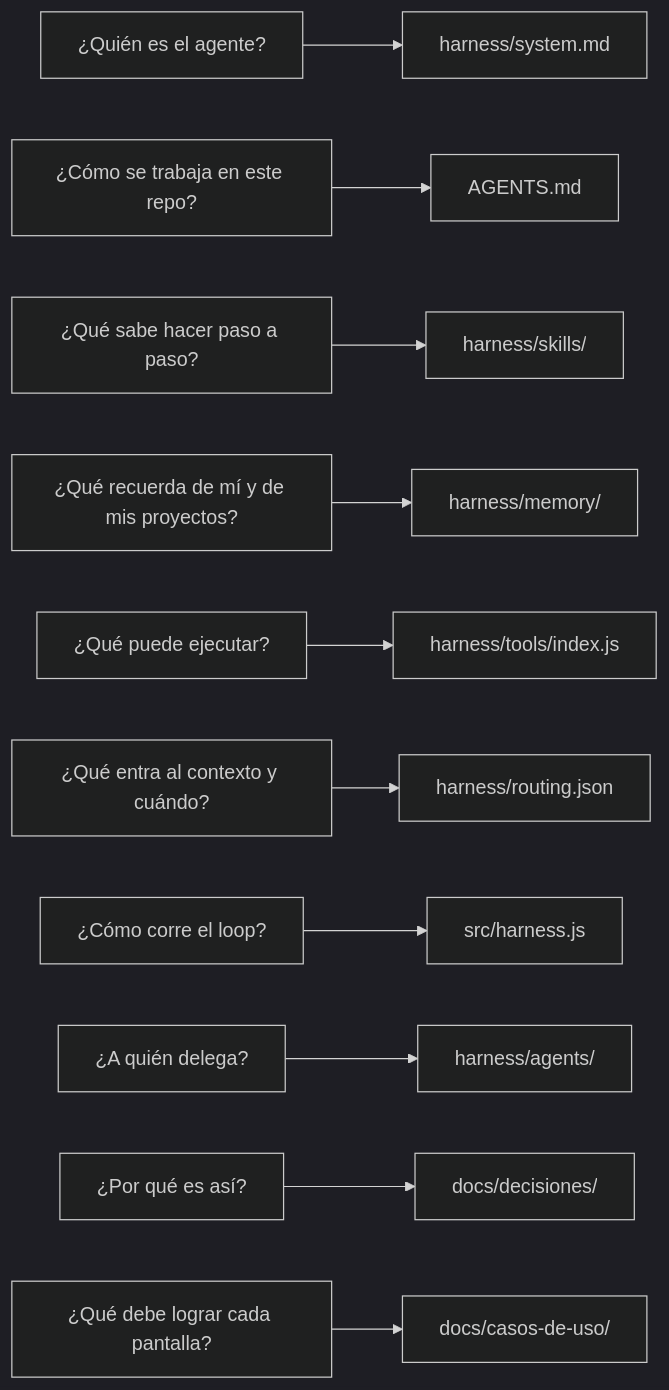
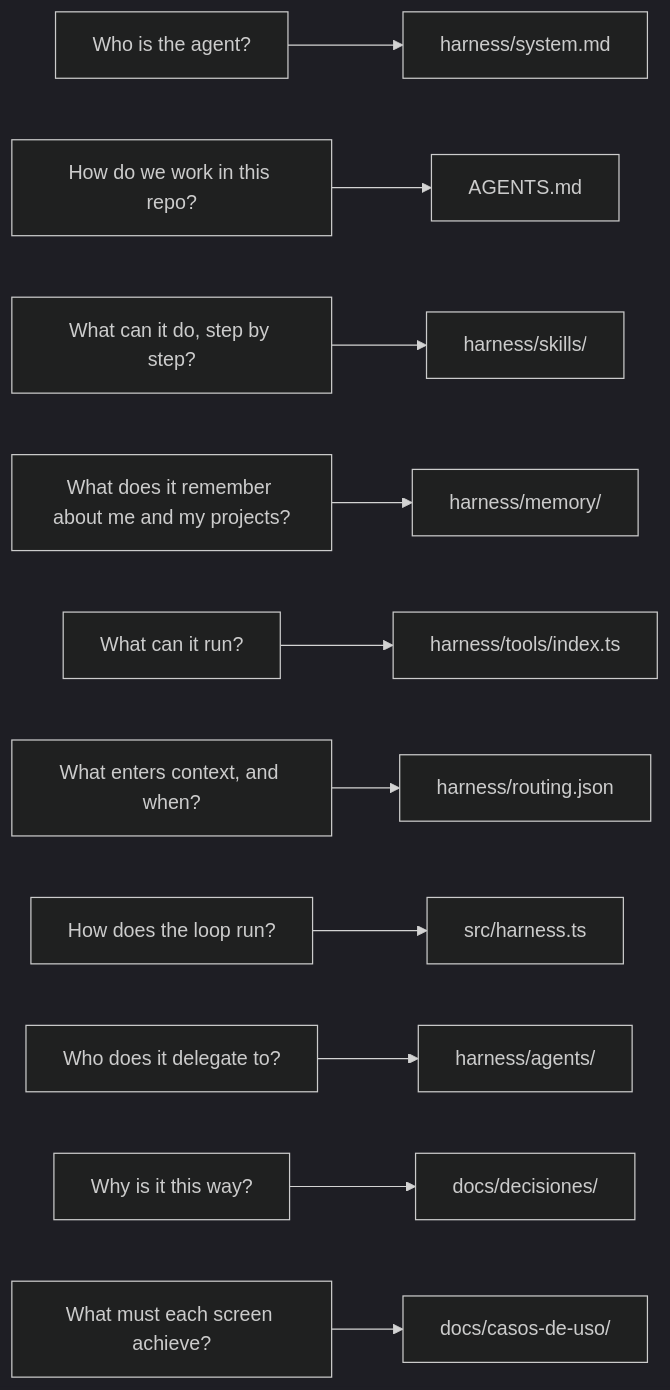
One commit to ada-school/ada-harness changed the third of 15 diagrams in README.md. Above: the diagram before and after it, drawn with Mermaid (dark theme). The commit also changed other lines of this file and 95 other files, not shown here.

First line of the commit message:
feat(harness): run a usable chat from the TypeScript engine

````diff
--- a/README.md
+++ b/README.md
@@ -219,13 +239,13 @@
 ```mermaid
 flowchart LR
-    Q1["¿Quién es el agente?"] --> F1["harness/system.md"]
-    Q2["¿Cómo se trabaja en este repo?"] --> F2["AGENTS.md"]
-    Q3["¿Qué sabe hacer paso a paso?"] --> F3["harness/skills/"]
-    Q4["¿Qué recuerda de mí y de mis proyectos?"] --> F4["harness/memory/"]
-    Q5["¿Qué puede ejecutar?"] --> F5["harness/tools/index.js"]
-    Q6["¿Qué entra al contexto y cuándo?"] --> F6["harness/routing.json"]
-    Q7["¿Cómo corre el loop?"] --> F7["src/harness.js"]
-    Q8["¿A quién delega?"] --> F8["harness/agents/"]
-    Q9["¿Por qué es así?"] --> F9["docs/decisiones/"]
-    Q10["¿Qué debe lograr cada pantalla?"] --> F10["docs/casos-de-uso/"]
+    Q1["Who is the agent?"] --> F1["harness/system.md"]
+    Q2["How do we work in this repo?"] --> F2["AGENTS.md"]
+    Q3["What can it do, step by step?"] --> F3["harness/skills/"]
+    Q4["What does it remember about me and my projects?"] --> F4["harness/memory/"]
+    Q5["What can it run?"] --> F5["harness/tools/index.ts"]
+    Q6["What enters context, and when?"] --> F6["harness/routing.json"]
+    Q7["How does the loop run?"] --> F7["src/harness.ts"]
+    Q8["Who does it delegate to?"] --> F8["harness/agents/"]
+    Q9["Why is it this way?"] --> F9["docs/decisiones/"]
+    Q10["What must each screen achieve?"] --> F10["docs/casos-de-uso/"]
 ```
````
